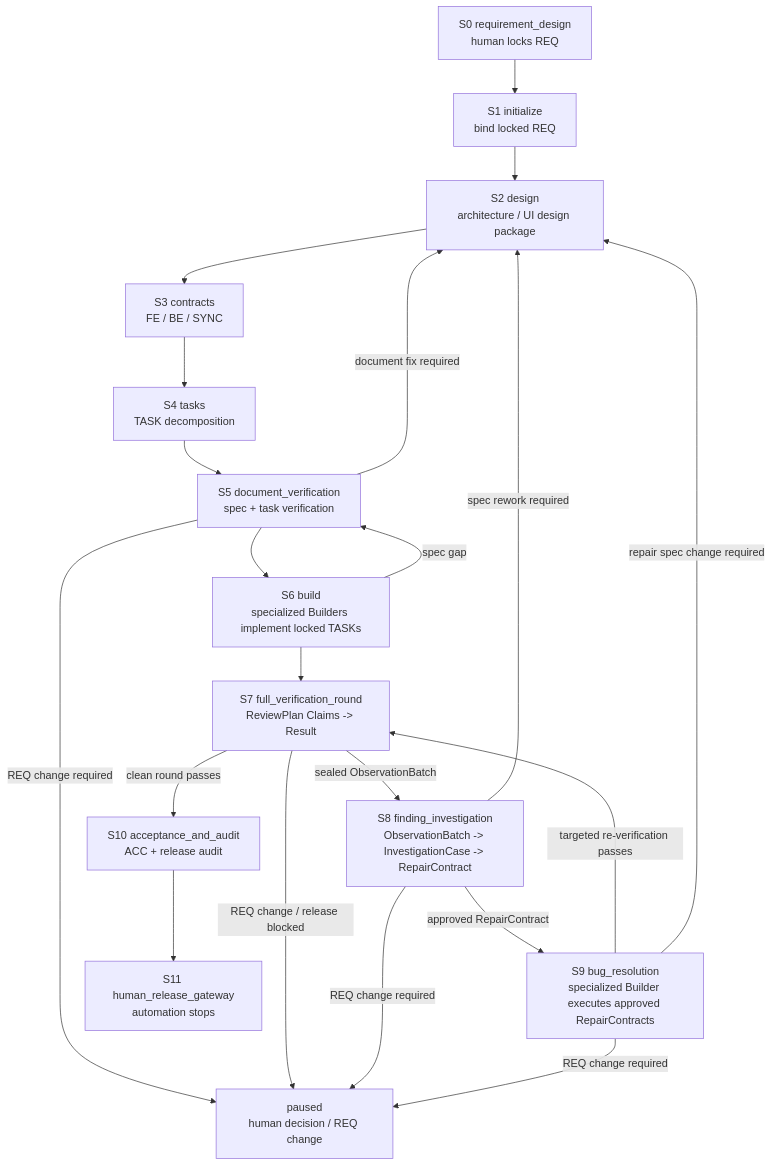
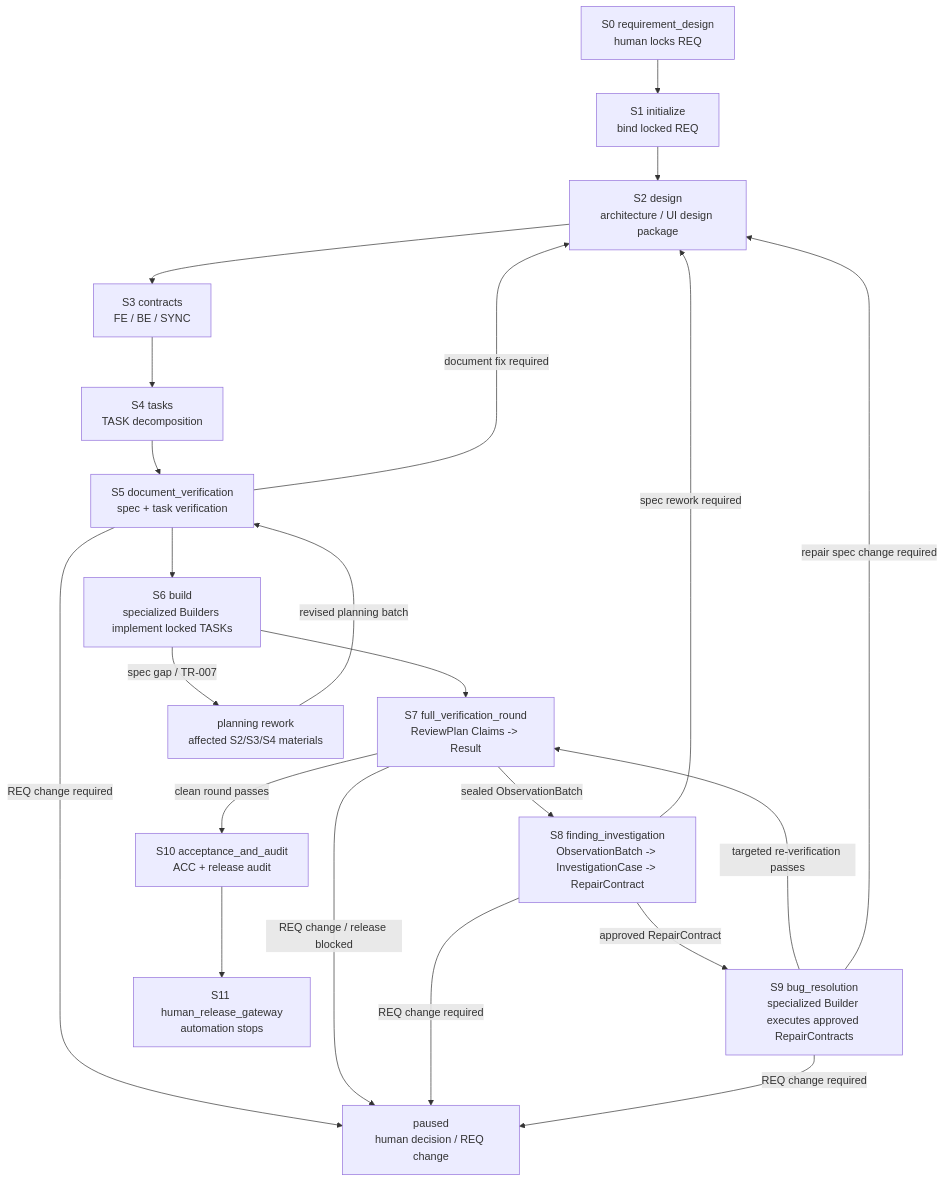
Before and after one commit to Sebs-Lee/go-system-builder: the first of 2 diagrams in docs/control/agent-protocol.md, drawn with Mermaid. The commit also changed other lines of this file and 227 other files, not shown here.

````diff
--- a/docs/control/agent-protocol.md
+++ b/docs/control/agent-protocol.md
@@ -153,30 +153,31 @@
 ```mermaid
 flowchart TD
     S0["S0 requirement_design<br/>human locks REQ"]
     S1["S1 initialize<br/>bind locked REQ"]
     S2["S2 design<br/>architecture / UI design package"]
     S3["S3 contracts<br/>FE / BE / SYNC"]
     S4["S4 tasks<br/>TASK decomposition"]
     S5["S5 document_verification<br/>spec + task verification"]
     S6["S6 build<br/>specialized Builders implement locked TASKs"]
     S7["S7 full_verification_round<br/>ReviewPlan Claims -> Result"]
     S8["S8 finding_investigation<br/>ObservationBatch -> InvestigationCase -> RepairContract"]
     S9["S9 bug_resolution<br/>specialized Builder executes approved RepairContracts"]
     S10["S10 acceptance_and_audit<br/>ACC + release audit"]
     S11["S11 human_release_gateway<br/>automation stops"]
     PAUSE["paused<br/>human decision / REQ change"]
 
     S0 --> S1 --> S2 --> S3 --> S4 --> S5 --> S6 --> S7
     S7 -->|"clean round passes"| S10 --> S11
     S7 -->|"sealed ObservationBatch"| S8 -->|"approved RepairContract"| S9 -->|"targeted re-verification passes"| S7
 
     S5 -->|"document fix required"| S2
-    S6 -->|"spec gap"| S5
+    S6 -->|"spec gap / TR-007"| BUILD_REPLAN["planning rework<br/>affected S2/S3/S4 materials"]
+    BUILD_REPLAN -->|"revised planning batch"| S5
     S8 -->|"spec rework required"| S2
     S9 -->|"repair spec change required"| S2
 
     S5 -->|"REQ change required"| PAUSE
     S7 -->|"REQ change / release blocked"| PAUSE
     S8 -->|"REQ change required"| PAUSE
     S9 -->|"REQ change required"| PAUSE
 ```
````
